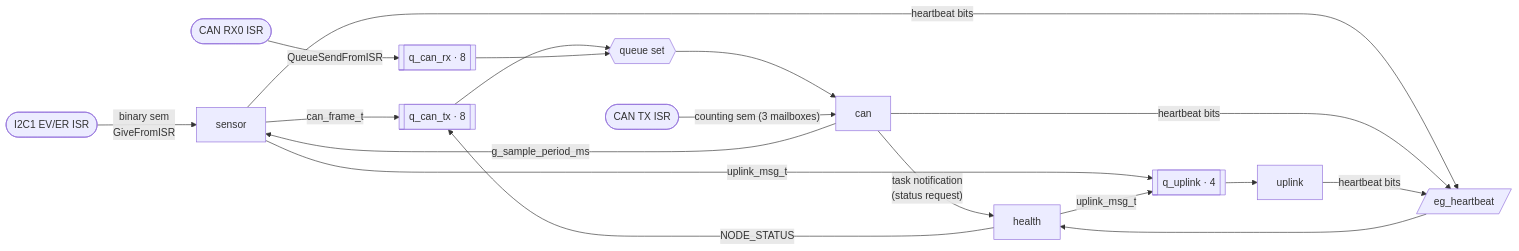
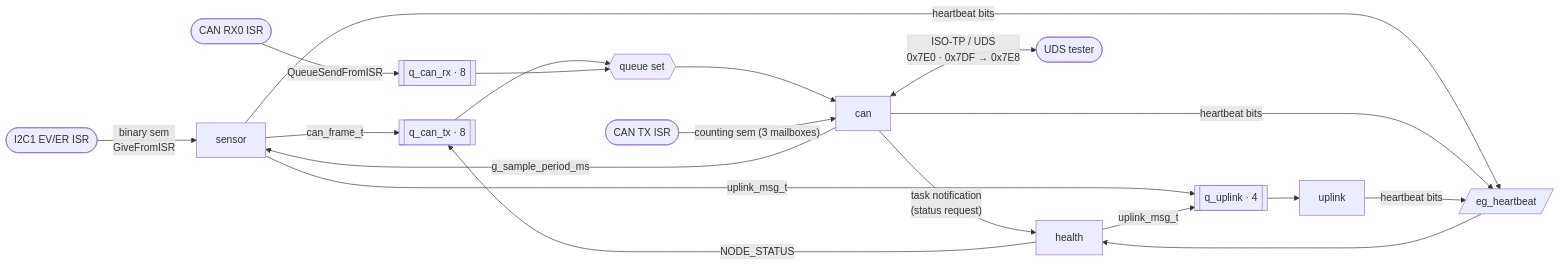
Before and after one commit to Ankita-Experi/freertos-iot-env-monitor: the second of 2 diagrams in docs/architecture.md, drawn with Mermaid. The commit also changed other lines of this file and 4 other files, not shown here.

````diff
--- a/docs/architecture.md
+++ b/docs/architecture.md
@@ -26,18 +26,19 @@
 ```mermaid
 flowchart LR
   I2CISR(["I2C1 EV/ER ISR"]) -- "binary sem<br/>GiveFromISR" --> S[sensor]
   S -- "can_frame_t" --> QTX[[q_can_tx · 8]]
   H[health] -- "NODE_STATUS" --> QTX
   RXISR(["CAN RX0 ISR"]) -- "QueueSendFromISR" --> QRX[[q_can_rx · 8]]
   QTX --> QS{{"queue set"}}
   QRX --> QS
   QS --> C[can]
   TXISR(["CAN TX ISR"]) -- "counting sem (3 mailboxes)" --> C
   C -- "task notification<br/>(status request)" --> H
   C -- "g_sample_period_ms" --> S
+  C <-->|"ISO-TP / UDS<br/>0x7E0 · 0x7DF → 0x7E8"| T(["UDS tester"])
   S -- "uplink_msg_t" --> QUP[[q_uplink · 4]]
   H -- "uplink_msg_t" --> QUP
   QUP --> U[uplink]
   S & C & U -- "heartbeat bits" --> EG[/eg_heartbeat/]
   EG --> H
 ```
````
